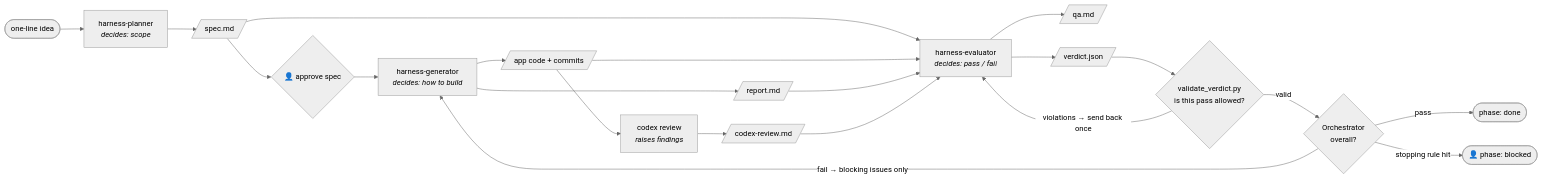
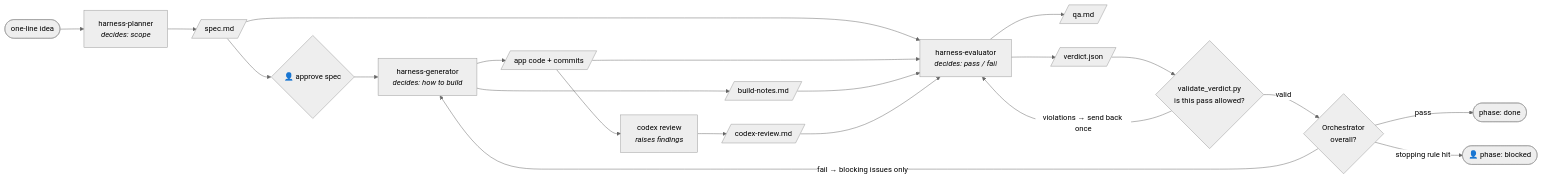
One commit to YukiTominaga/claude-harness changed the second of 3 diagrams in README.md. Above: the diagram before and after it, drawn with Mermaid (neutral theme). The commit also changed other lines of this file and 22 other files, not shown here.

First line of the commit message:
fix(crystal-harness): rename the generator's notes to build-notes.md and stop routing around refused writes (0.16.0) (#11)

````diff
--- a/README.md
+++ b/README.md
@@ -88,24 +88,24 @@
 ```mermaid
 flowchart LR
     idea(["one-line idea"]) --> planner
     planner["harness-planner<br/><i>decides: scope</i>"] --> spec[/"spec.md"/]
     spec --> hgate{"👤 approve spec"}
     hgate --> gen
 
     gen["harness-generator<br/><i>decides: how to build</i>"] --> code[/"app code + commits"/]
-    gen --> report[/"report.md"/]
+    gen --> notes[/"build-notes.md"/]
 
     code --> codex["codex review<br/><i>raises findings</i>"]
     codex --> cr[/"codex-review.md"/]
 
-    spec & code & report & cr --> evalr["harness-evaluator<br/><i>decides: pass / fail</i>"]
+    spec & code & notes & cr --> evalr["harness-evaluator<br/><i>decides: pass / fail</i>"]
     evalr --> qa[/"qa.md"/]
     evalr --> vj[/"verdict.json"/]
 
     vj --> vv{"validate_verdict.py<br/>is this pass allowed?"}
     vv -- "violations → send back once" --> evalr
     vv -- valid --> branch{"Orchestrator<br/>overall?"}
     branch -- "pass" --> done(["phase: done"])
     branch -- "fail → blocking issues only" --> gen
     branch -- "stopping rule hit" --> blocked(["👤 phase: blocked"])
 ```
````
